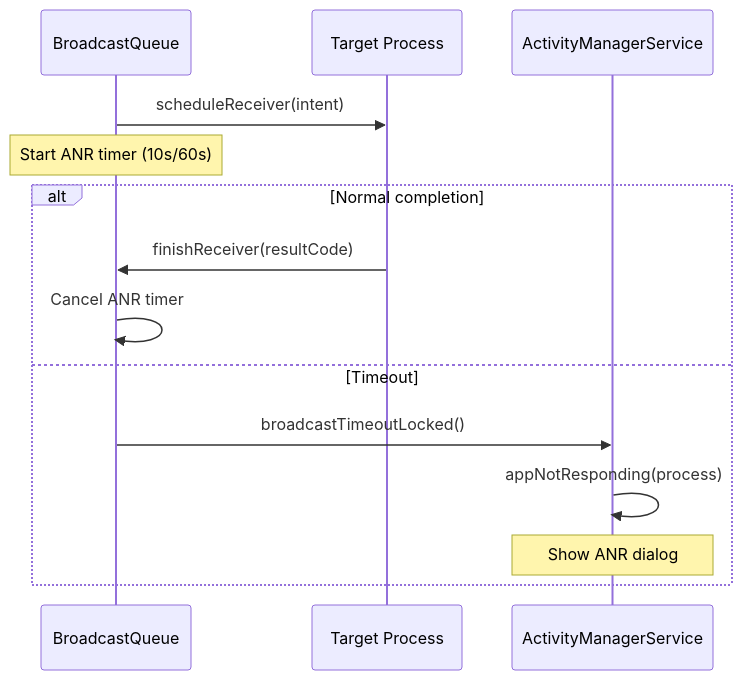
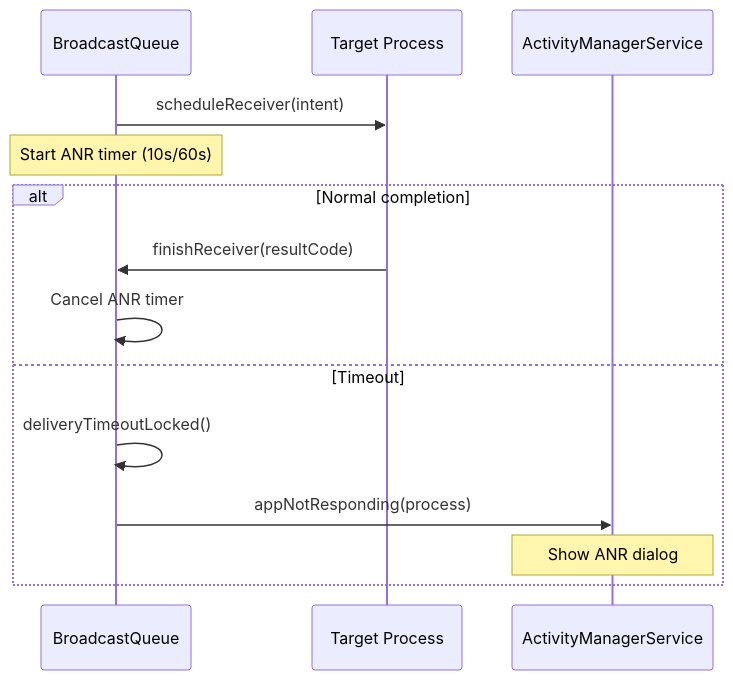
Diagram 16 of 31 in 21-intent-system.md (aospbooks/aosp-internal-book), drawn with Mermaid before and after one commit. The commit also changed other lines of this file and 218 other files, not shown here.

````diff
--- a/21-intent-system.md
+++ b/21-intent-system.md
@@ -1559,17 +1591,17 @@
 ```mermaid
 sequenceDiagram
     participant BQ as BroadcastQueue
     participant Proc as Target Process
     participant AMS as ActivityManagerService
 
     BQ->>Proc: scheduleReceiver(intent)
     Note over BQ: Start ANR timer (10s/60s)
     alt Normal completion
         Proc->>BQ: finishReceiver(resultCode)
         BQ->>BQ: Cancel ANR timer
     else Timeout
-        BQ->>AMS: broadcastTimeoutLocked()
-        AMS->>AMS: appNotResponding(process)
+        BQ->>BQ: deliveryTimeoutLocked()
+        BQ->>AMS: appNotResponding(process)
         Note over AMS: Show ANR dialog
     end
 ```
````
